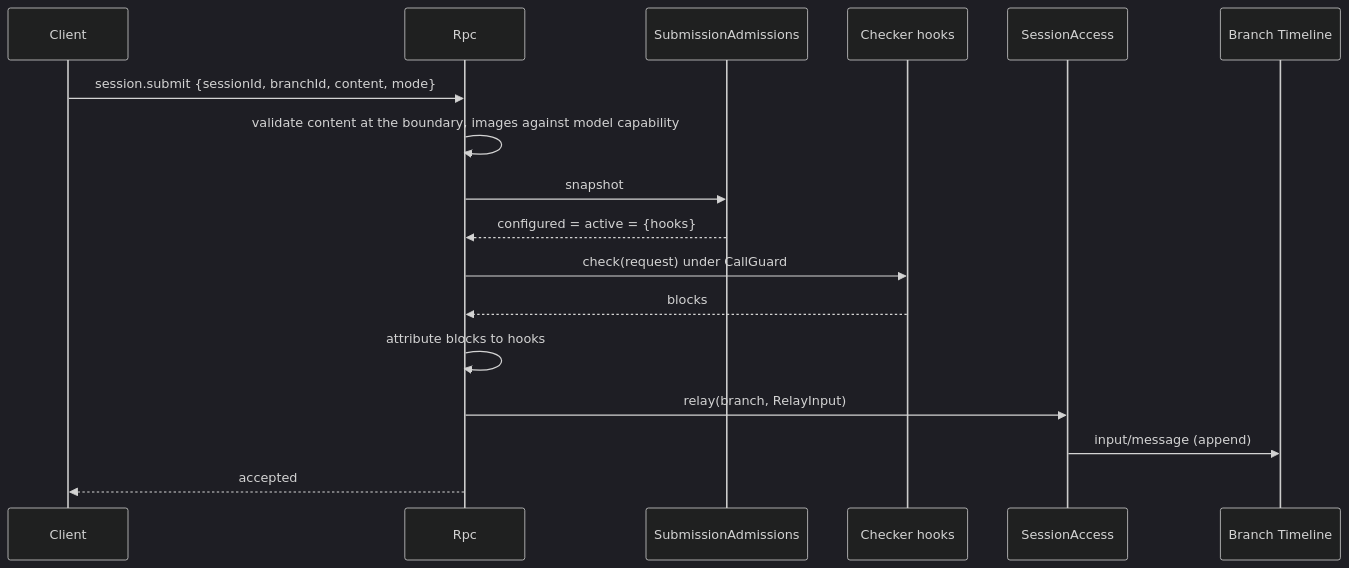
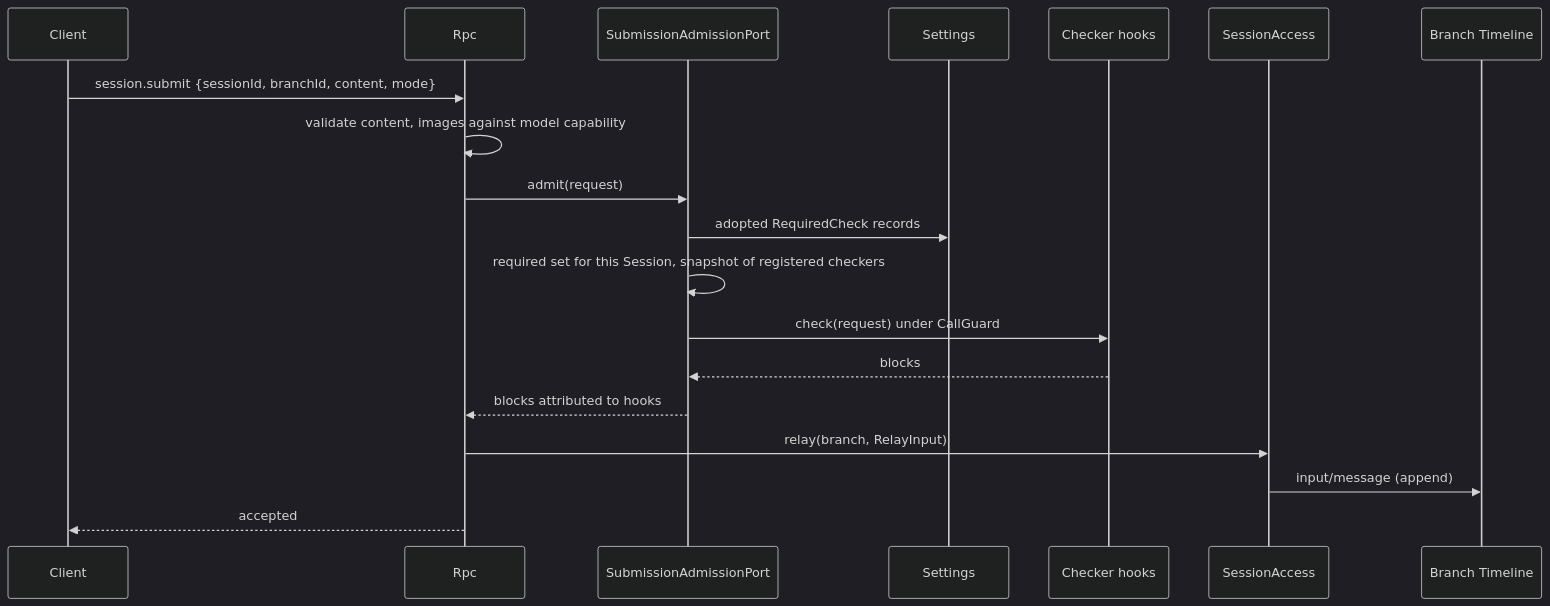
Before and after one commit to CoutinhoTTS/dim-agent: the fourth of 5 diagrams in docs/design/contracts/session-boundary.md, drawn with Mermaid (dark theme). The commit also changed other lines of this file and 4 other files, not shown here.

````diff
--- a/docs/design/contracts/session-boundary.md
+++ b/docs/design/contracts/session-boundary.md
@@ -98,19 +100,21 @@
 ```mermaid
 sequenceDiagram
   participant CL as Client
   participant Rpc as Rpc
-  participant R as SubmissionAdmissions
+  participant P as SubmissionAdmissionPort
+  participant S as Settings
   participant H as Checker hooks
   participant SA as SessionAccess
   participant TL as Branch Timeline
   CL->>Rpc: session.submit {sessionId, branchId, content, mode}
-  Rpc->>Rpc: validate content at the boundary, images against model capability
-  Rpc->>R: snapshot
-  R-->>Rpc: configured = active = {hooks}
-  Rpc->>H: check(request) under CallGuard
-  H-->>Rpc: blocks
-  Rpc->>Rpc: attribute blocks to hooks
+  Rpc->>Rpc: validate content, images against model capability
+  Rpc->>P: admit(request)
+  P->>S: adopted RequiredCheck records
+  P->>P: required set for this Session, snapshot of registered checkers
+  P->>H: check(request) under CallGuard
+  H-->>P: blocks
+  P-->>Rpc: blocks attributed to hooks
   Rpc->>SA: relay(branch, RelayInput)
   SA->>TL: input/message (append)
   Rpc-->>CL: accepted
 ```
````
